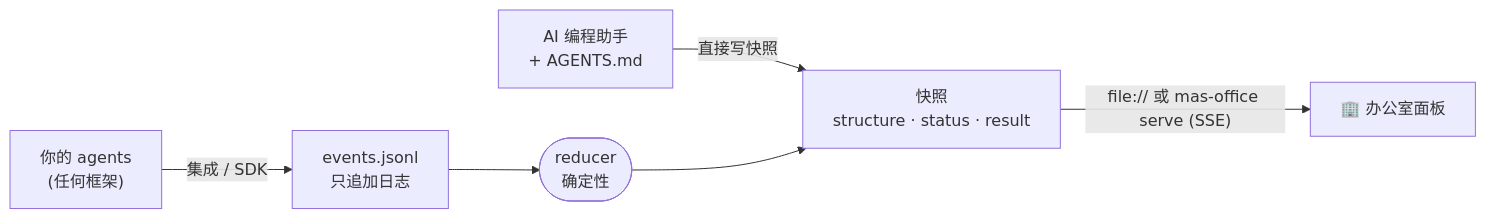
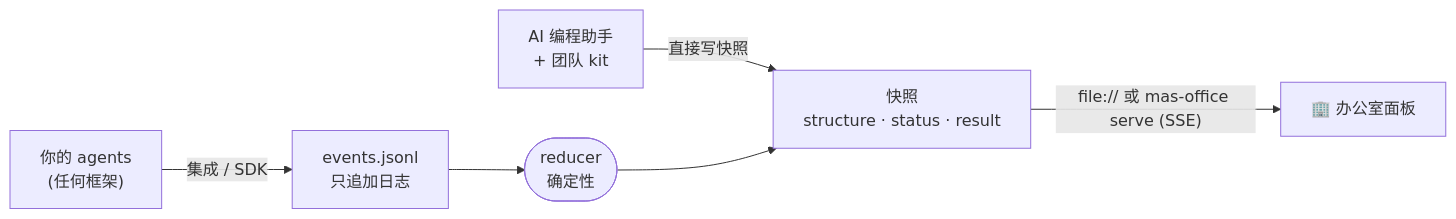
One commit to weixijia/mas-office changed the diagram in README.zh-CN.md. Above: the diagram before and after it, drawn with Mermaid. The commit also changed other lines of this file and 12 other files, not shown here.

First line of the commit message:
Reposition README, roadmap and website around the agent team

````diff
--- a/README.zh-CN.md
+++ b/README.zh-CN.md
@@ -97,7 +128,7 @@
 ```mermaid
 flowchart LR
   A["你的 agents<br/>(任何框架)"] -- "集成 / SDK" --> E["events.jsonl<br/>只追加日志"]
-  K["AI 编程助手<br/>+ AGENTS.md"] -- "直接写快照" --> S
+  K["AI 编程助手<br/>+ 团队 kit"] -- "直接写快照" --> S
   E --> R(["reducer<br/>确定性"]) --> S["快照<br/>structure · status · result"]
   S -- "file:// 或 mas-office serve (SSE)" --> P["🏢 办公室面板"]
 ```
````
